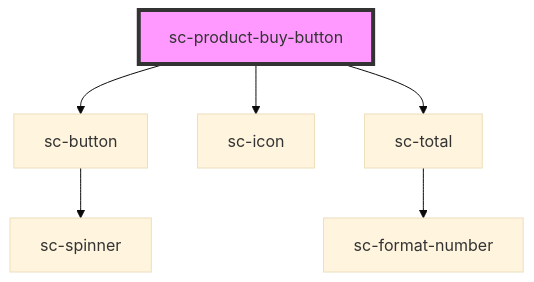
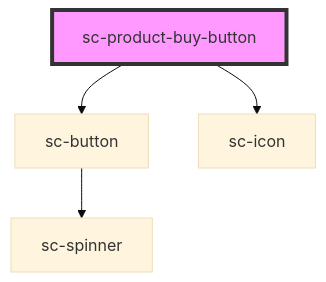
The diagram in packages/components/src/components/controllers/product/sc-product-buy-button/readme.md (surecart/surecart-wp-plugin), drawn with Mermaid (base theme) before and after one commit. The commit also changed other lines of this file and 28 other files, not shown here.

````diff
--- a/packages/components/src/components/controllers/product/sc-product-buy-button/readme.md
+++ b/packages/components/src/components/controllers/product/sc-product-buy-button/readme.md
@@ -30,9 +30,7 @@
 ```mermaid
 graph TD;
   sc-product-buy-button --> sc-button
   sc-product-buy-button --> sc-icon
-  sc-product-buy-button --> sc-total
   sc-button --> sc-spinner
-  sc-total --> sc-format-number
   style sc-product-buy-button fill:#f9f,stroke:#333,stroke-width:4px
 ```
````
